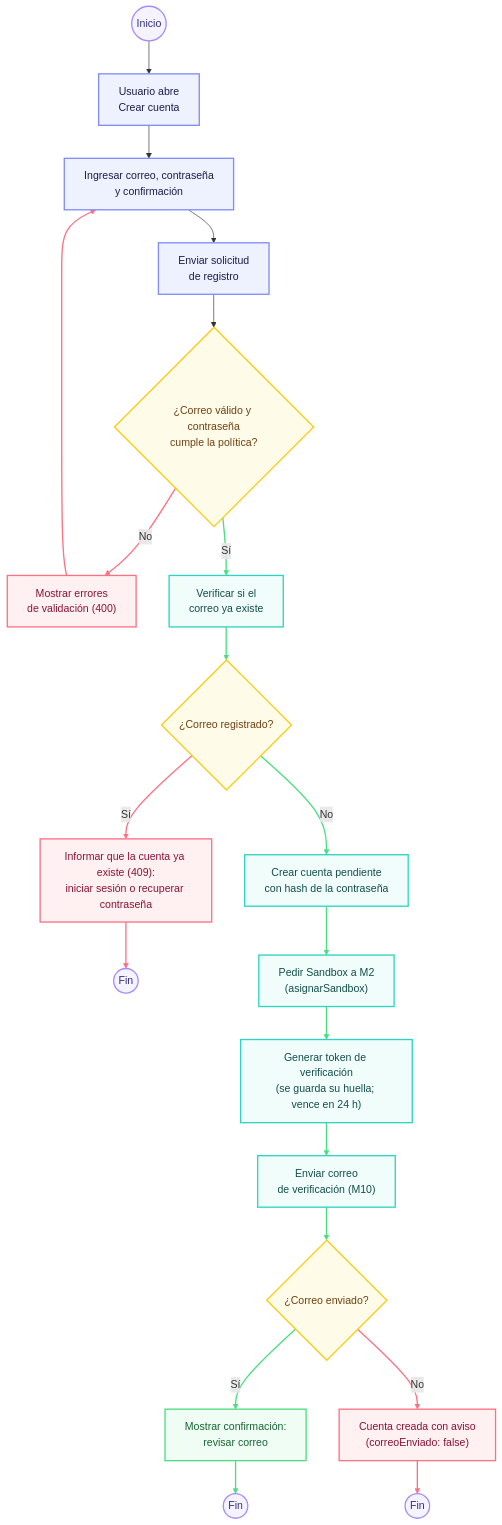
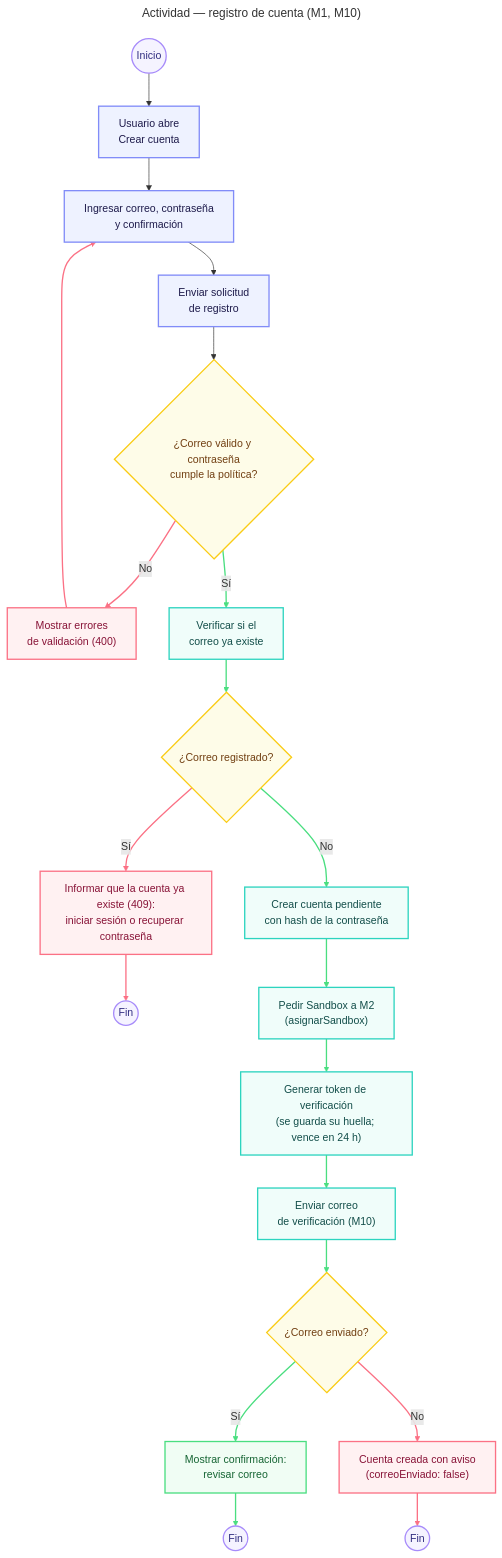
Before and after one commit to derekCmorales/deploya: the diagram in docs/diagramas/m1-m10/m1-actividad-registro.mmd, drawn with Mermaid. The commit also changed 100 other files, not shown here.

```diff
--- a/docs/diagramas/m1-m10/m1-actividad-registro.mmd
+++ b/docs/diagramas/m1-m10/m1-actividad-registro.mmd
@@ -1,65 +1,66 @@
 ---
+title: Actividad — registro de cuenta (M1, M10)
 config:
   layout: fixed
 ---
 flowchart TB
     START(("Inicio")) --> A["Usuario abre<br>Crear cuenta"]
     A --> B["Ingresar correo, contraseña<br>y confirmación"]
     B --> C["Enviar solicitud<br>de registro"]
     C --> D{"¿Correo válido y contraseña<br>cumple la política?"}
     D -- No --> E["Mostrar errores<br>de validación (400)"]
     E --> B
     D -- Sí --> F["Verificar si el<br>correo ya existe"]
     F --> G{"¿Correo registrado?"}
     G -- Sí --> H["Informar que la cuenta ya existe (409):<br>iniciar sesión o recuperar contraseña"]
     H --> END1(("Fin"))
     G -- No --> I["Crear cuenta pendiente<br>con hash de la contraseña"]
     I --> S["Pedir Sandbox a M2<br>(asignarSandbox)"]
     S --> J["Generar token de verificación<br>(se guarda su huella; vence en 24 h)"]
     J --> K["Enviar correo<br>de verificación (M10)"]
     K --> M{"¿Correo enviado?"}
     M -- Sí --> L["Mostrar confirmación:<br>revisar correo"]
     L --> END2(("Fin"))
     M -- No --> N["Cuenta creada con aviso<br>(correoEnviado: false)"]
     N --> END3(("Fin"))
 
      START:::startEnd
      A:::input
      B:::input
      C:::input
      D:::decision
      E:::error
      F:::process
      G:::decision
      H:::error
      END1:::startEnd
      I:::process
      S:::process
      J:::process
      K:::process
      M:::decision
      L:::success
      N:::error
      END2:::startEnd
      END3:::startEnd
     classDef startEnd fill:#f5f3ff,stroke:#a78bfa,stroke-width:2px,color:#312e81
     classDef input fill:#eef2ff,stroke:#818cf8,stroke-width:2px,color:#1e1b4b
     classDef process fill:#f0fdfa,stroke:#2dd4bf,stroke-width:2px,color:#134e4a
     classDef decision fill:#fefce8,stroke:#facc15,stroke-width:2px,color:#713f12
     classDef error fill:#fff1f2,stroke:#fb7185,stroke-width:2px,color:#881337
     classDef success fill:#f0fdf4,stroke:#4ade80,stroke-width:2px,color:#166534
     linkStyle 4 stroke:#fb7185,stroke-width:2px,fill:none
     linkStyle 5 stroke:#fb7185,stroke-width:2px,fill:none
     linkStyle 8 stroke:#fb7185,stroke-width:2px,fill:none
     linkStyle 9 stroke:#fb7185,stroke-width:2px,fill:none
     linkStyle 17 stroke:#fb7185,stroke-width:2px,fill:none
     linkStyle 18 stroke:#fb7185,stroke-width:2px,fill:none
     linkStyle 6 stroke:#4ade80,stroke-width:2px,fill:none
     linkStyle 7 stroke:#4ade80,stroke-width:2px,fill:none
     linkStyle 10 stroke:#4ade80,stroke-width:2px,fill:none
     linkStyle 11 stroke:#4ade80,stroke-width:2px,fill:none
     linkStyle 12 stroke:#4ade80,stroke-width:2px,fill:none
     linkStyle 13 stroke:#4ade80,stroke-width:2px,fill:none
     linkStyle 14 stroke:#4ade80,stroke-width:2px,fill:none
     linkStyle 15 stroke:#4ade80,stroke-width:2px,fill:none
     linkStyle 16 stroke:#4ade80,stroke-width:2px,fill:none
```
